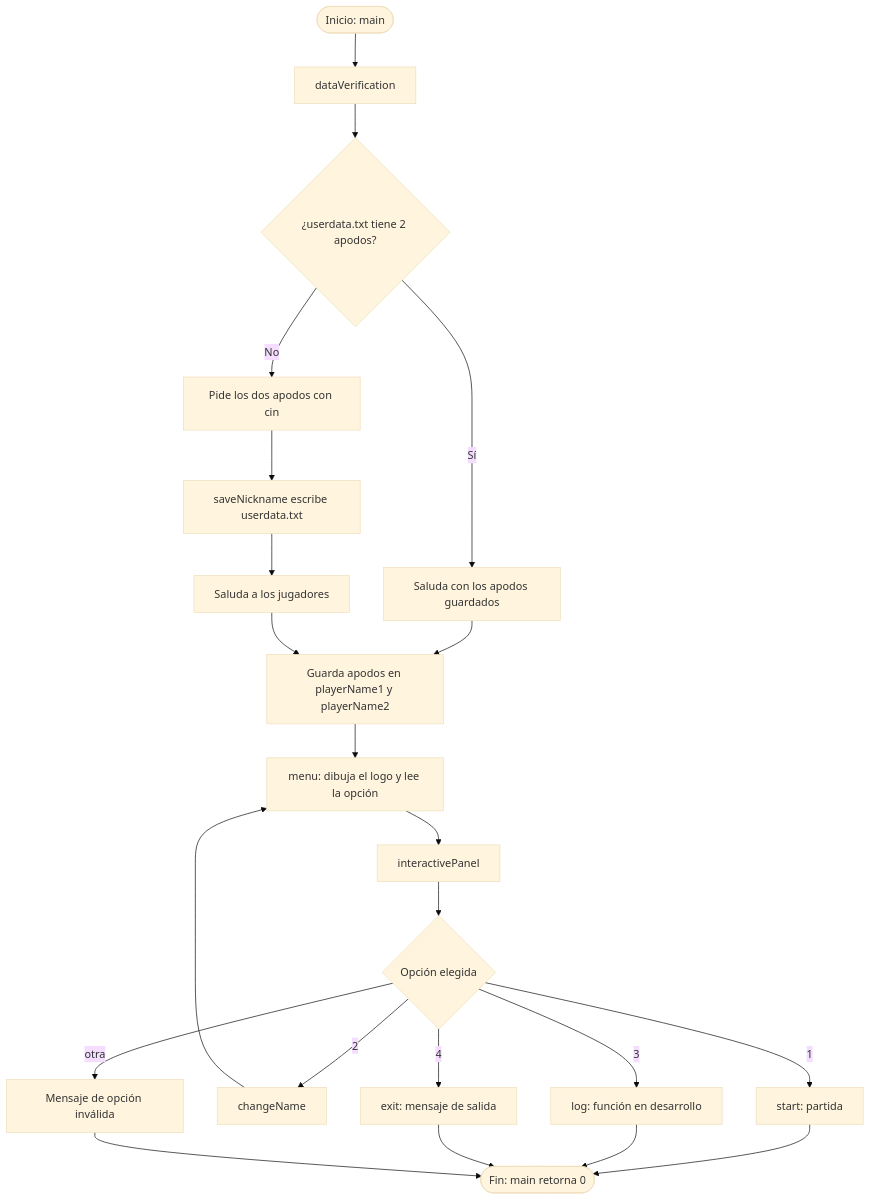
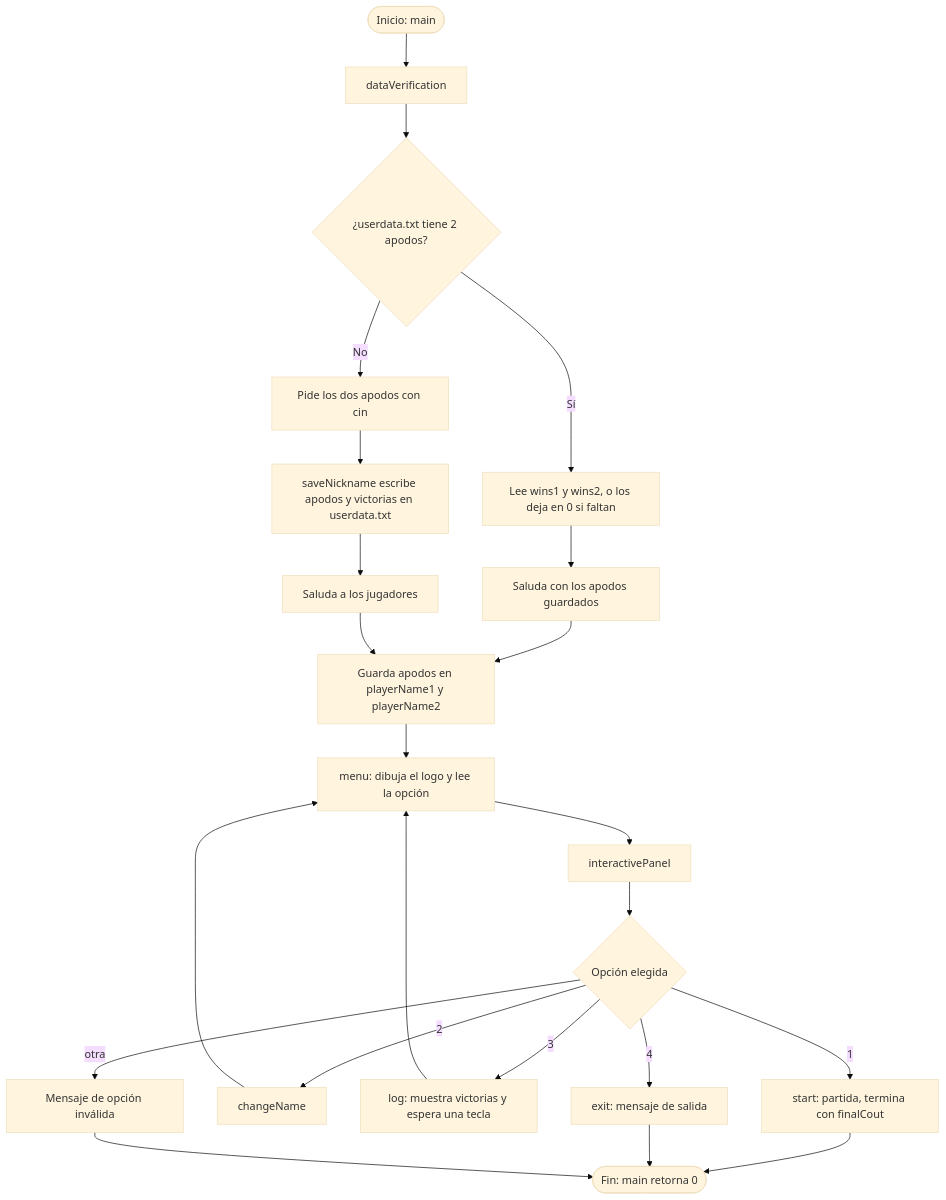
One commit to juanesteban-cj7/scrabbleProyecto changed the first of 6 diagrams in README.md. Above: the diagram before and after it, drawn with Mermaid (base theme). The commit also changed other lines of this file, not shown here.

````diff
--- a/README.md
+++ b/README.md
@@ -118,24 +158,25 @@
 ```mermaid
 flowchart TD
     A(["Inicio: main"]) --> B["dataVerification"]
     B --> C{"¿userdata.txt tiene 2 apodos?"}
-    C -- "Sí" --> D["Saluda con los apodos guardados"]
+    C -- "Sí" --> C2["Lee wins1 y wins2, o los deja en 0 si faltan"]
+    C2 --> D["Saluda con los apodos guardados"]
     C -- "No" --> E["Pide los dos apodos con cin"]
-    E --> F["saveNickname escribe userdata.txt"]
+    E --> F["saveNickname escribe apodos y victorias en userdata.txt"]
     F --> G["Saluda a los jugadores"]
     D --> H["Guarda apodos en playerName1 y playerName2"]
     G --> H
     H --> I["menu: dibuja el logo y lee la opción"]
     I --> J["interactivePanel"]
     J --> K{"Opción elegida"}
-    K -- "1" --> L["start: partida"]
+    K -- "1" --> L["start: partida, termina con finalCout"]
     K -- "2" --> M["changeName"]
     M --> I
-    K -- "3" --> N["log: función en desarrollo"]
+    K -- "3" --> N["log: muestra victorias y espera una tecla"]
+    N --> I
     K -- "4" --> O["exit: mensaje de salida"]
     K -- "otra" --> P["Mensaje de opción inválida"]
     L --> Q(["Fin: main retorna 0"])
-    N --> Q
     O --> Q
     P --> Q
 ```
````
